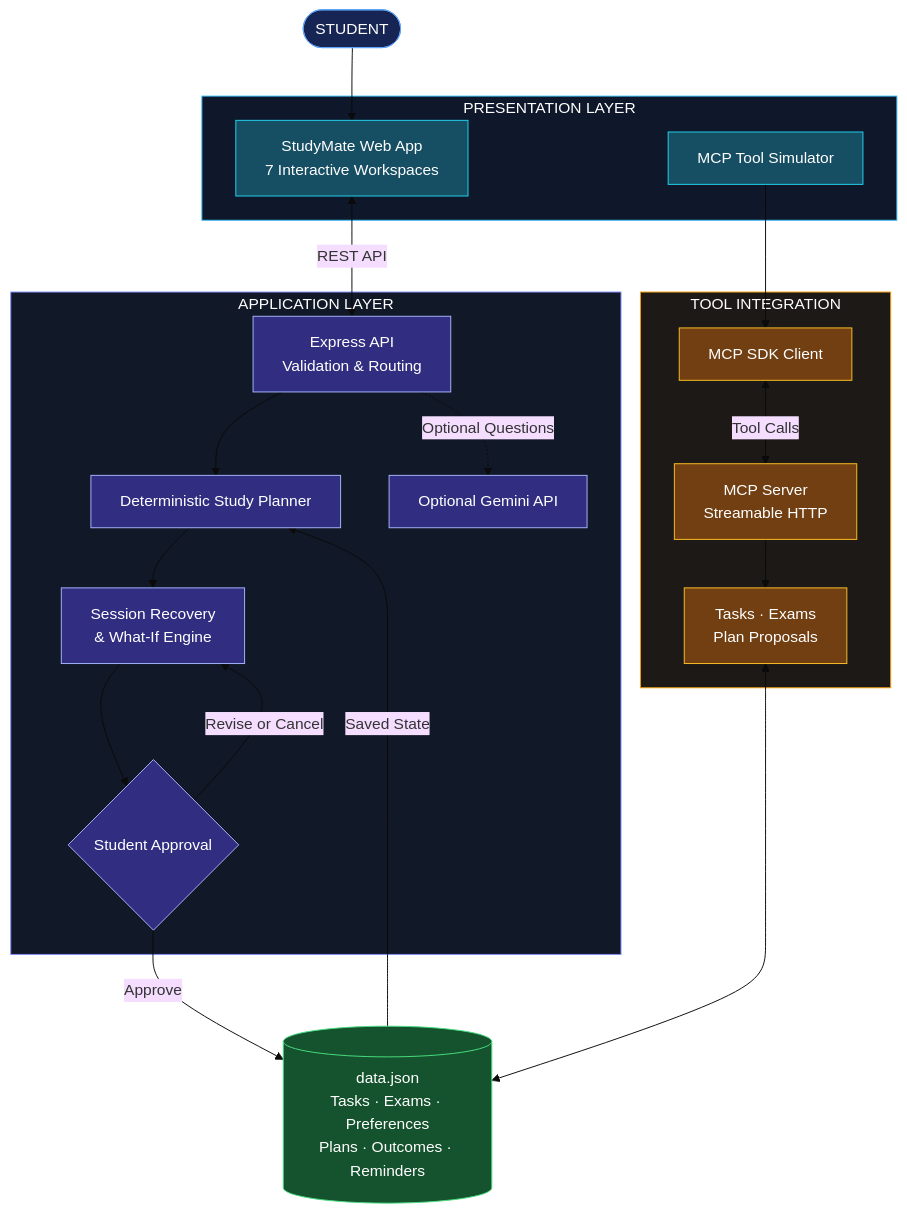
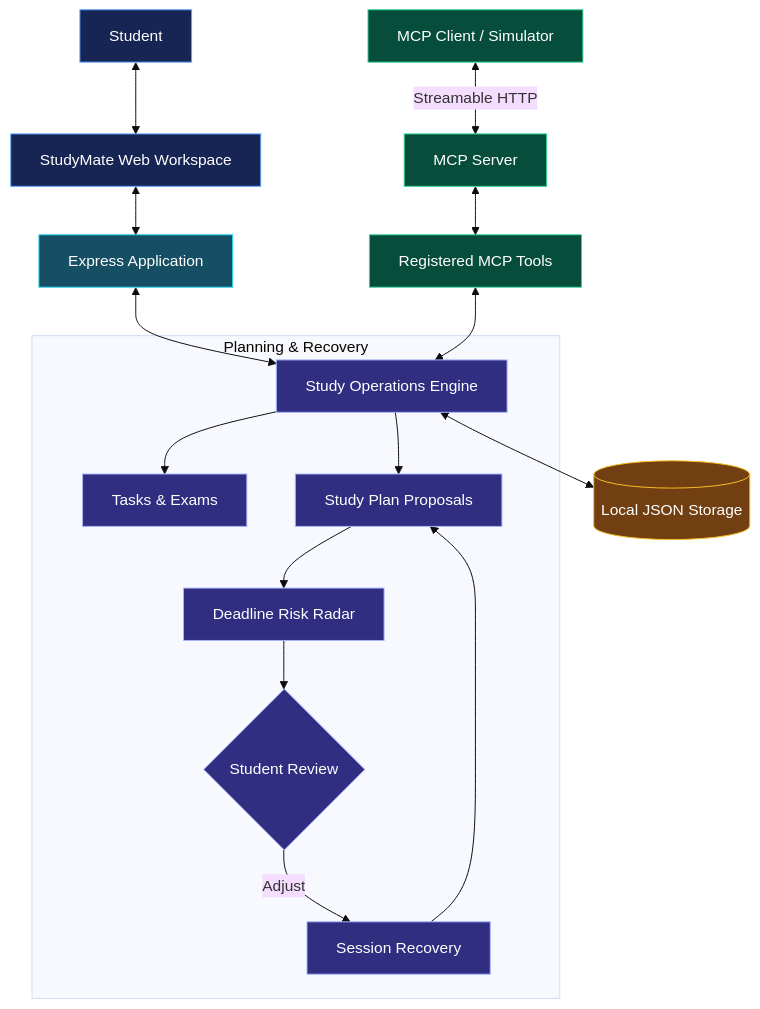
One commit to shikharxcodes/amzan_hack changed the diagram in README.md. Above: the diagram before and after it, drawn with Mermaid (base theme). The commit also changed other lines of this file, not shown here.

````diff
--- a/README.md
+++ b/README.md
@@ -22,55 +13,34 @@
 ```mermaid
 flowchart TB
-    U(["STUDENT"])
+    U["Student"] <--> UI["StudyMate Web Workspace"]
 
-    subgraph FRONT["PRESENTATION LAYER"]
-        UI["StudyMate Web App<br/>7 Interactive Workspaces"]
-        SIM["MCP Tool Simulator"]
+    UI <--> API["Express Application"]
+    API <--> CORE["Study Operations Engine"]
+
+    subgraph ENGINE["Planning & Recovery"]
+        CORE --> TASKS["Tasks & Exams"]
+        CORE --> PLAN["Study Plan Proposals"]
+        PLAN --> RISK["Deadline Risk Radar"]
+        RISK --> REVIEW{"Student Review"}
+        REVIEW -->|Adjust| REC["Session Recovery"]
+        REC --> PLAN
     end
 
-    subgraph CORE["APPLICATION LAYER"]
-        API["Express API<br/>Validation & Routing"]
-        PLAN["Deterministic Study Planner"]
-        REC["Session Recovery<br/>& What-If Engine"]
-        APPROVE{"Student Approval"}
-        GEM["Optional Gemini API"]
-    end
+    CLIENT["MCP Client / Simulator"] <-->|Streamable HTTP| MCP["MCP Server"]
+    MCP <--> TOOLS["Registered MCP Tools"]
+    TOOLS <--> CORE
 
-    subgraph INTEGRATION["TOOL INTEGRATION"]
-        CLIENT["MCP SDK Client"]
-        MCP["MCP Server<br/>Streamable HTTP"]
-        TOOLS["Tasks · Exams<br/>Plan Proposals"]
-    end
+    CORE <--> DB[("Local JSON Storage")]
 
-    DB[("data.json<br/>Tasks · Exams · Preferences<br/>Plans · Outcomes · Reminders")]
+    classDef user fill:#172554,stroke:#60A5FA,color:#fff
+    classDef app fill:#164E63,stroke:#22D3EE,color:#fff
+    classDef engine fill:#312E81,stroke:#A5B4FC,color:#fff
+    classDef protocol fill:#064E3B,stroke:#34D399,color:#fff
+    classDef storage fill:#713F12,stroke:#FBBF24,color:#fff
 
-    U --> UI
-    UI <-->|REST API| API
-    API --> PLAN
-    PLAN --> REC
-    REC --> APPROVE
-    APPROVE -->|Approve| DB
-    APPROVE -->|Revise or Cancel| REC
-    DB -->|Saved State| PLAN
-    API -.->|Optional Questions| GEM
-    SIM --> CLIENT
-    CLIENT <-->|Tool Calls| MCP
-    MCP --> TOOLS
-    TOOLS <--> DB
-
-    classDef user fill:#172554,stroke:#60A5FA,color:#FFFFFF
-    classDef ui fill:#164E63,stroke:#22D3EE,color:#FFFFFF
-    classDef core fill:#312E81,stroke:#A5B4FC,color:#FFFFFF
-    classDef data fill:#14532D,stroke:#4ADE80,color:#FFFFFF
-    classDef integration fill:#713F12,stroke:#FBBF24,color:#FFFFFF
-
-    class U user
-    class UI,SIM ui
-    class API,PLAN,REC,APPROVE,GEM core
-    class DB data
-    class CLIENT,MCP,TOOLS integration
-
-    style FRONT fill:#0F172A,stroke:#38BDF8,color:#FFFFFF
-    style CORE fill:#111827,stroke:#818CF8,color:#FFFFFF
-    style INTEGRATION fill:#1C1917,stroke:#F59E0B,color:#FFFFFF
+    class U,UI user
+    class API app
+    class CORE,TASKS,PLAN,RISK,REVIEW,REC engine
+    class CLIENT,MCP,TOOLS protocol
+    class DB storage
 ```
````
